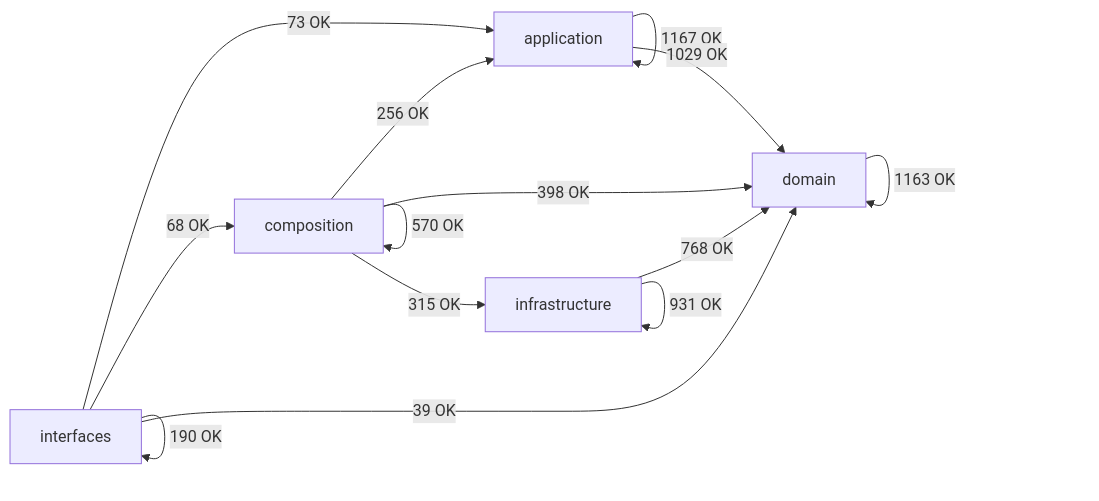
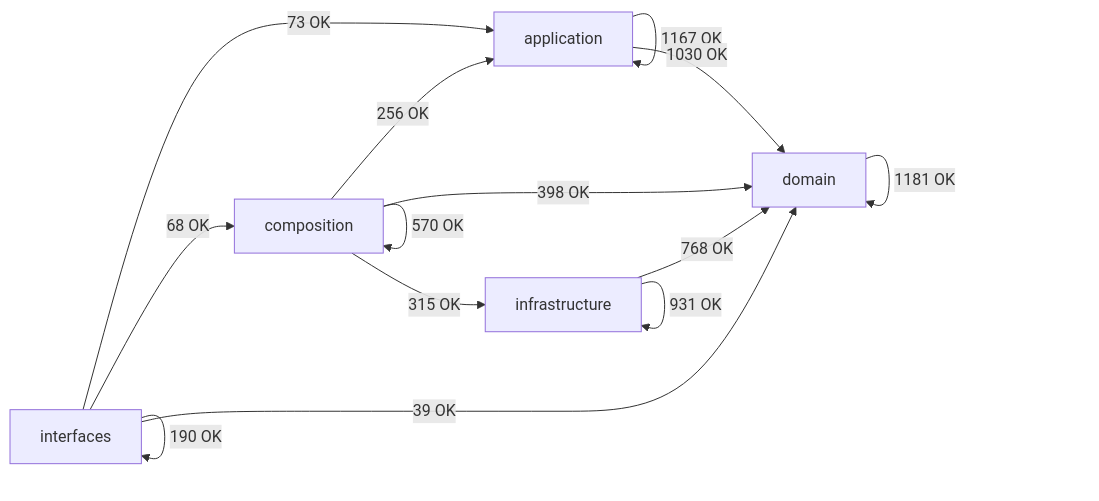
One commit to SatoryKono/BioactivityDataAcquisition changed the diagram in docs/02-architecture/generated/module-dependency-map.md. Above: the diagram before and after it, drawn with Mermaid. The commit also changed other lines of this file and 12 other files, not shown here.

````diff
--- a/docs/02-architecture/generated/module-dependency-map.md
+++ b/docs/02-architecture/generated/module-dependency-map.md
@@ -17,21 +17,21 @@
 ```mermaid
 flowchart LR
     domain[domain]
     application[application]
     infrastructure[infrastructure]
     composition[composition]
     interfaces[interfaces]
     application -->|1167 OK| application
-    application -->|1029 OK| domain
+    application -->|1030 OK| domain
     composition -->|256 OK| application
     composition -->|570 OK| composition
     composition -->|398 OK| domain
     composition -->|315 OK| infrastructure
-    domain -->|1163 OK| domain
+    domain -->|1181 OK| domain
     infrastructure -->|768 OK| domain
     infrastructure -->|931 OK| infrastructure
     interfaces -->|73 OK| application
     interfaces -->|68 OK| composition
     interfaces -->|39 OK| domain
     interfaces -->|190 OK| interfaces
 ```
````
